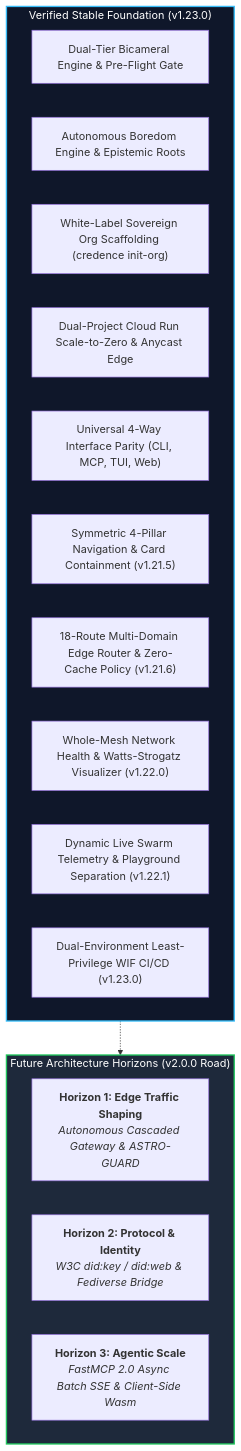
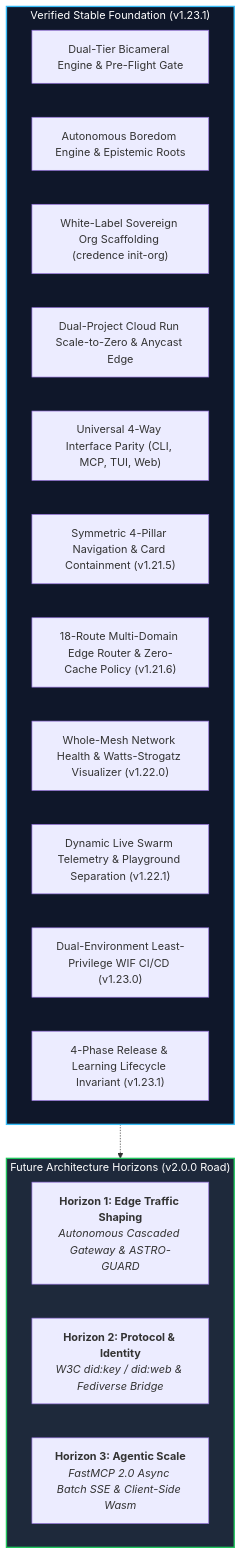
One commit to artibyrd/credence-docs changed the diagram in docs/roadmap.md. Above: the diagram before and after it, drawn with Mermaid. The commit also changed other lines of this file and 6 other files, not shown here.

Commit message:
docs(governance): release v1.23.1 - 4-phase lifecycle guardrails & invariant-audit skill

````diff
--- a/docs/roadmap.md
+++ b/docs/roadmap.md
@@ -32,29 +32,30 @@
 ```mermaid
 flowchart TD
-    subgraph Foundation["Verified Stable Foundation (v1.23.0)"]
+    subgraph Foundation["Verified Stable Foundation (v1.23.1)"]
         F1["Dual-Tier Bicameral Engine & Pre-Flight Gate"]
         F2["Autonomous Boredom Engine & Epistemic Roots"]
         F3["White-Label Sovereign Org Scaffolding (credence init-org)"]
         F4["Dual-Project Cloud Run Scale-to-Zero & Anycast Edge"]
         F5["Universal 4-Way Interface Parity (CLI, MCP, TUI, Web)"]
         F6["Symmetric 4-Pillar Navigation & Card Containment (v1.21.5)"]
         F7["18-Route Multi-Domain Edge Router & Zero-Cache Policy (v1.21.6)"]
         F8["Whole-Mesh Network Health & Watts-Strogatz Visualizer (v1.22.0)"]
         F9["Dynamic Live Swarm Telemetry & Playground Separation (v1.22.1)"]
         F10["Dual-Environment Least-Privilege WIF CI/CD (v1.23.0)"]
+        F11["4-Phase Release & Learning Lifecycle Invariant (v1.23.1)"]
     end
 
 
     subgraph Horizons["Future Architecture Horizons (v2.0.0 Road)"]
         H1["<b>Horizon 1: Edge Traffic Shaping</b><br/><i>Autonomous Cascaded Gateway & ASTRO-GUARD</i>"]
         H2["<b>Horizon 2: Protocol & Identity</b><br/><i>W3C did:key / did:web & Fediverse Bridge</i>"]
         H3["<b>Horizon 3: Agentic Scale</b><br/><i>FastMCP 2.0 Async Batch SSE & Client-Side Wasm</i>"]
     end
 
     Foundation -.-> Horizons
 
     classDef darkSlate fill:#0f172a,stroke:#38bdf8,stroke-width:2px,color:#fff;
     classDef highlight fill:#1e293b,stroke:#22c55e,stroke-width:2px,color:#fff;
     class Foundation darkSlate;
     class Horizons highlight;
 ```
````
